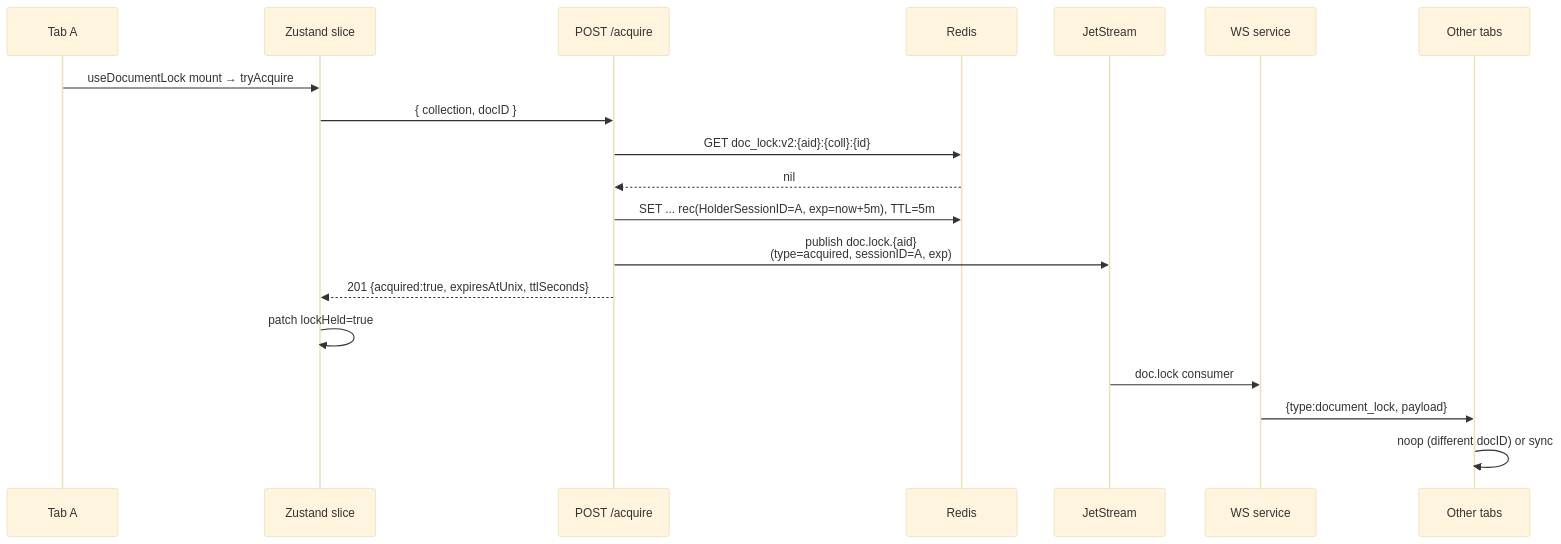
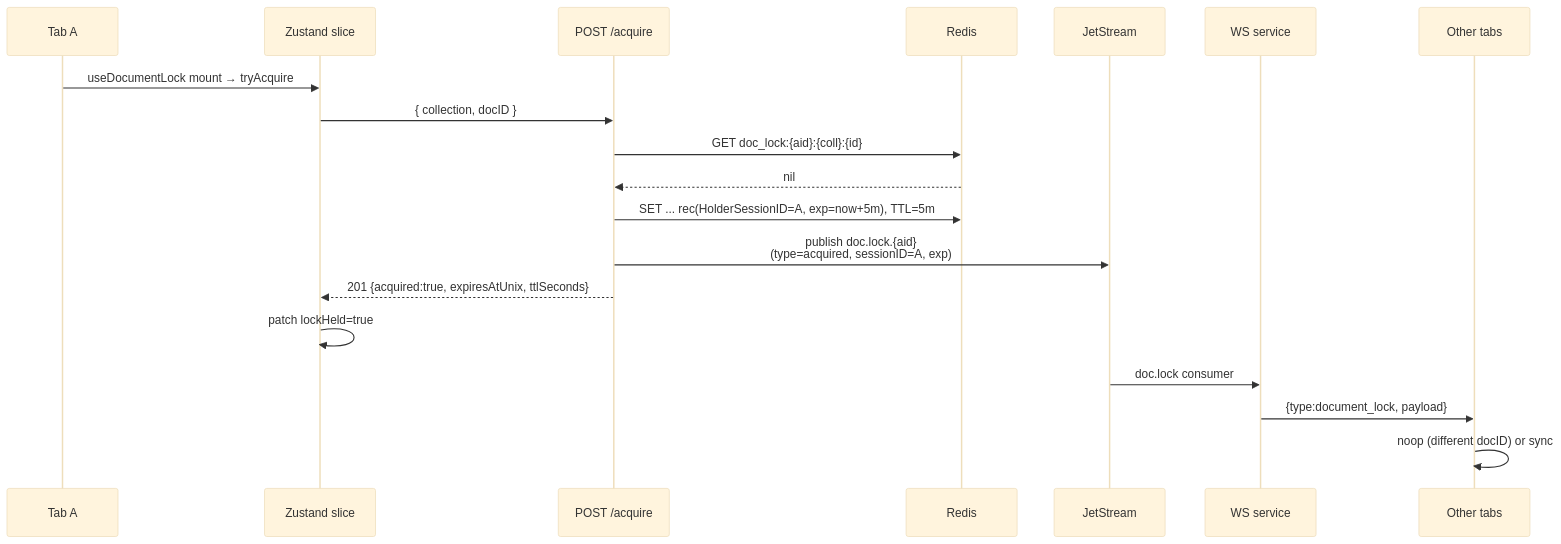
One commit to darcy561/eve-industry-planner changed the second of 5 diagrams in docs/document-lock/README.md. Above: the diagram before and after it, drawn with Mermaid (base theme). The commit also changed other lines of this file and 41 other files, not shown here.

First line of the commit message:
refactor(document-lock): enhance document lock handling and update API interactions

````diff
--- a/docs/document-lock/README.md
+++ b/docs/document-lock/README.md
@@ -127,22 +200,22 @@
 ```mermaid
 sequenceDiagram
   participant T as Tab A
   participant Slice as Zustand slice
   participant API as POST /acquire
   participant R as Redis
   participant JS as JetStream
   participant WS as WS service
   participant OT as Other tabs
 
   T->>Slice: useDocumentLock mount → tryAcquire
   Slice->>API: { collection, docID }
-  API->>R: GET doc_lock:v2:{aid}:{coll}:{id}
+  API->>R: GET doc_lock:{aid}:{coll}:{id}
   R-->>API: nil
   API->>R: SET ... rec(HolderSessionID=A, exp=now+5m), TTL=5m
   API->>JS: publish doc.lock.{aid}<br/>(type=acquired, sessionID=A, exp)
   API-->>Slice: 201 {acquired:true, expiresAtUnix, ttlSeconds}
   Slice->>Slice: patch lockHeld=true
   JS->>WS: doc.lock consumer
   WS->>OT: {type:document_lock, payload}
   OT->>OT: noop (different docID) or sync
 ```
````
